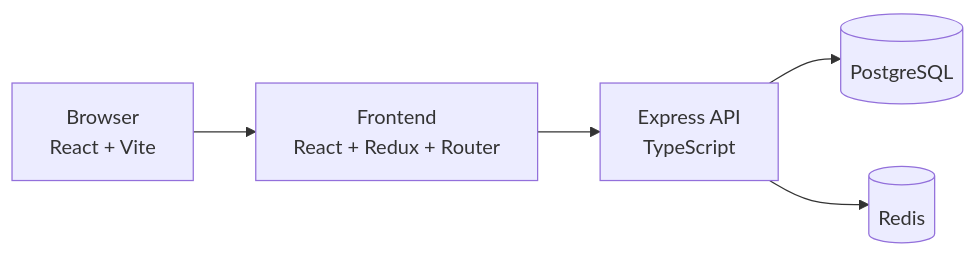
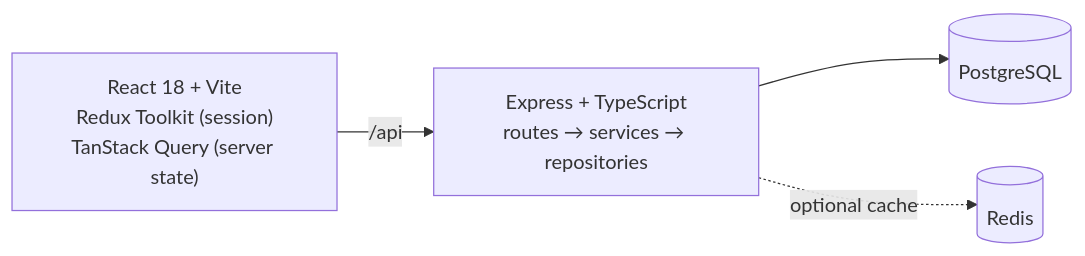
Before and after one commit to DavidMalkhasyan/Bank-System: the second of 3 diagrams in README.md, drawn with Mermaid. The commit also changed other lines of this file and 120 other files, not shown here.

````diff
--- a/README.md
+++ b/README.md
@@ -26,7 +93,6 @@
 ```mermaid
 flowchart LR
-    Browser[Browser\nReact + Vite] --> Frontend[Frontend\nReact + Redux + Router]
-    Frontend --> API[Express API\nTypeScript]
-    API --> Postgres[(PostgreSQL)]
-    API --> Redis[(Redis)]
+    Browser["React 18 + Vite<br/>Redux Toolkit (session)<br/>TanStack Query (server state)"] -->|/api| API["Express + TypeScript<br/>routes → services → repositories"]
+    API --> PG[(PostgreSQL)]
+    API -. optional cache .-> Redis[(Redis)]
 ```
````
